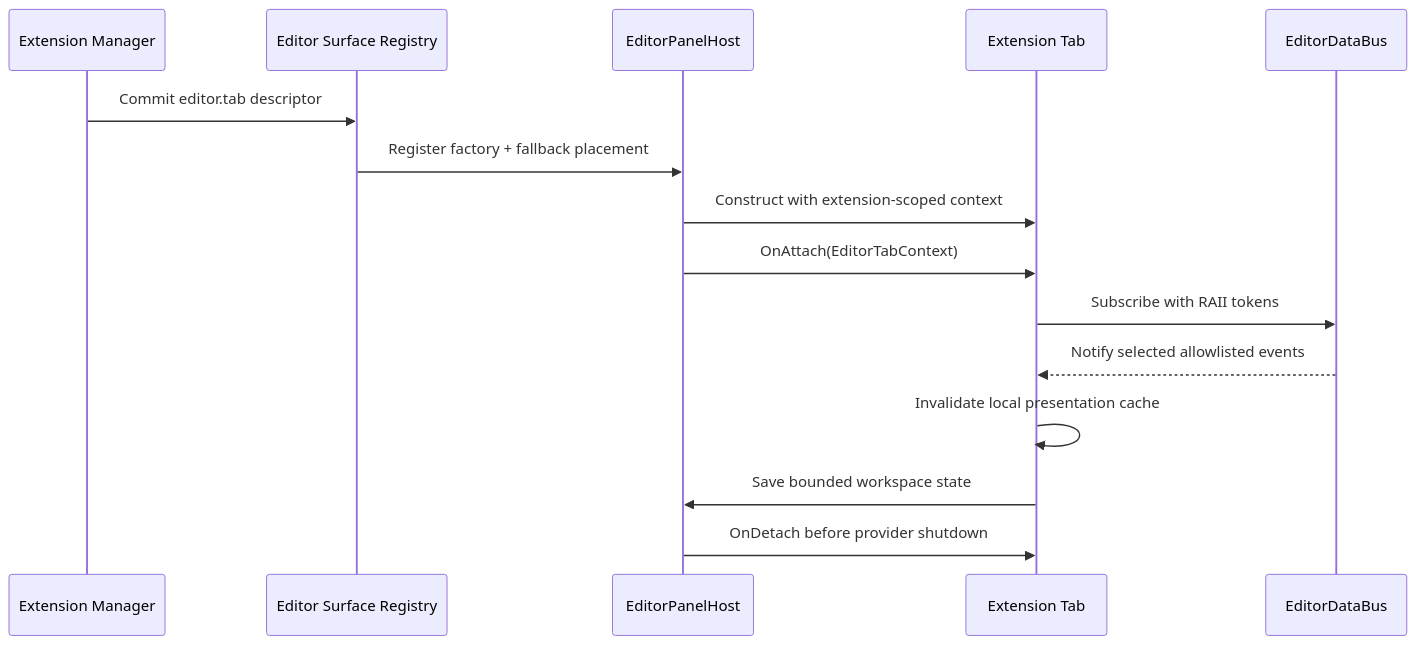
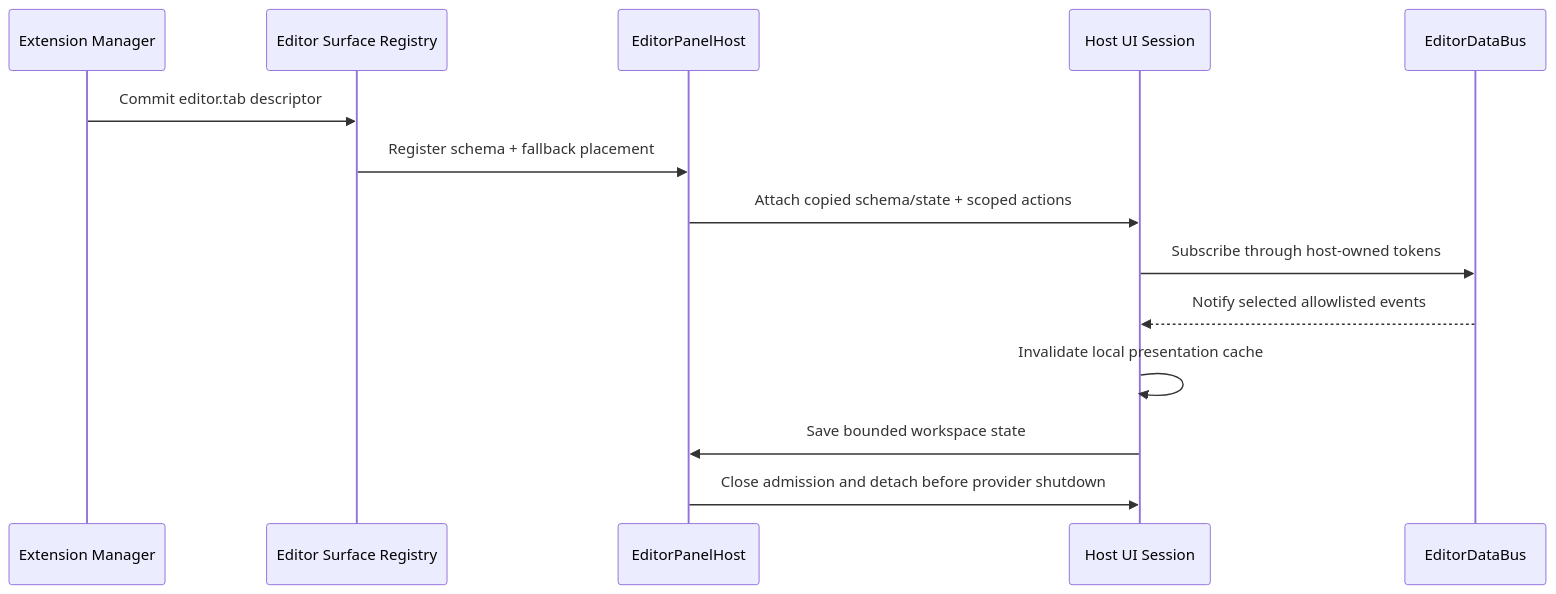
The diagram in docs/architecture/editor/editor-panel-host.md (abdullahbodur/horo-engine), drawn with Mermaid before and after one commit. The commit also changed other lines of this file and 7 other files, not shown here.

````diff
--- a/docs/architecture/editor/editor-panel-host.md
+++ b/docs/architecture/editor/editor-panel-host.md
@@ -473,18 +476,17 @@
 ```mermaid
 sequenceDiagram
     participant EM as Extension Manager
     participant Registry as Editor Surface Registry
     participant Host as EditorPanelHost
-    participant Tab as Extension Tab
+    participant Tab as Host UI Session
     participant Bus as EditorDataBus
 
     EM->>Registry: Commit editor.tab descriptor
-    Registry->>Host: Register factory + fallback placement
-    Host->>Tab: Construct with extension-scoped context
-    Host->>Tab: OnAttach(EditorTabContext)
-    Tab->>Bus: Subscribe with RAII tokens
+    Registry->>Host: Register schema + fallback placement
+    Host->>Tab: Attach copied schema/state + scoped actions
+    Tab->>Bus: Subscribe through host-owned tokens
     Bus-->>Tab: Notify selected allowlisted events
     Tab->>Tab: Invalidate local presentation cache
     Tab->>Host: Save bounded workspace state
-    Host->>Tab: OnDetach before provider shutdown
+    Host->>Tab: Close admission and detach before provider shutdown
 ```
````
